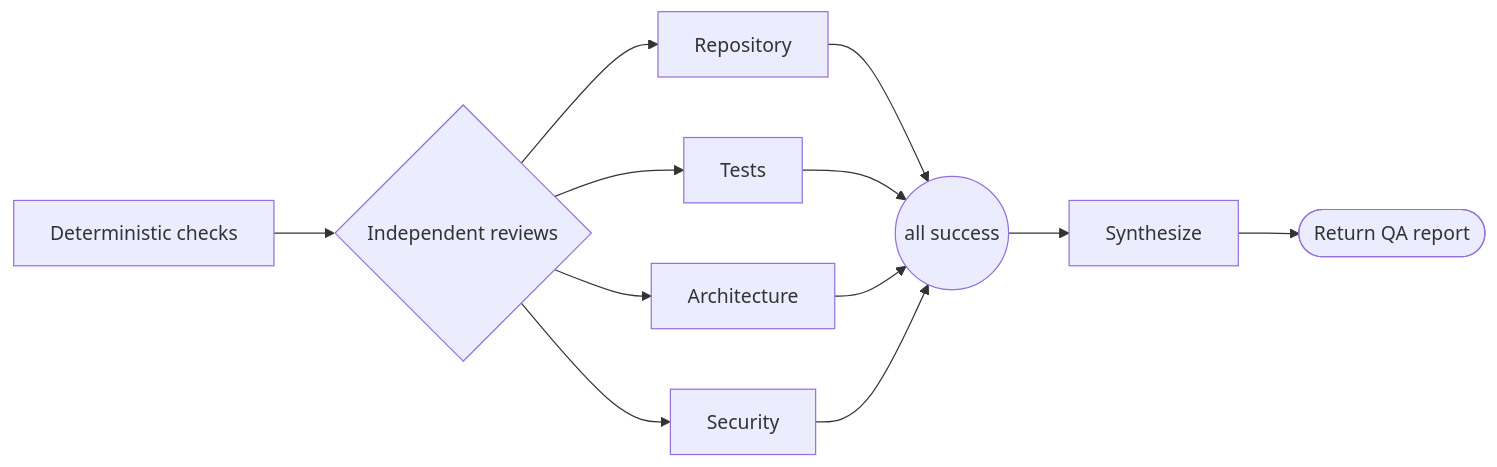
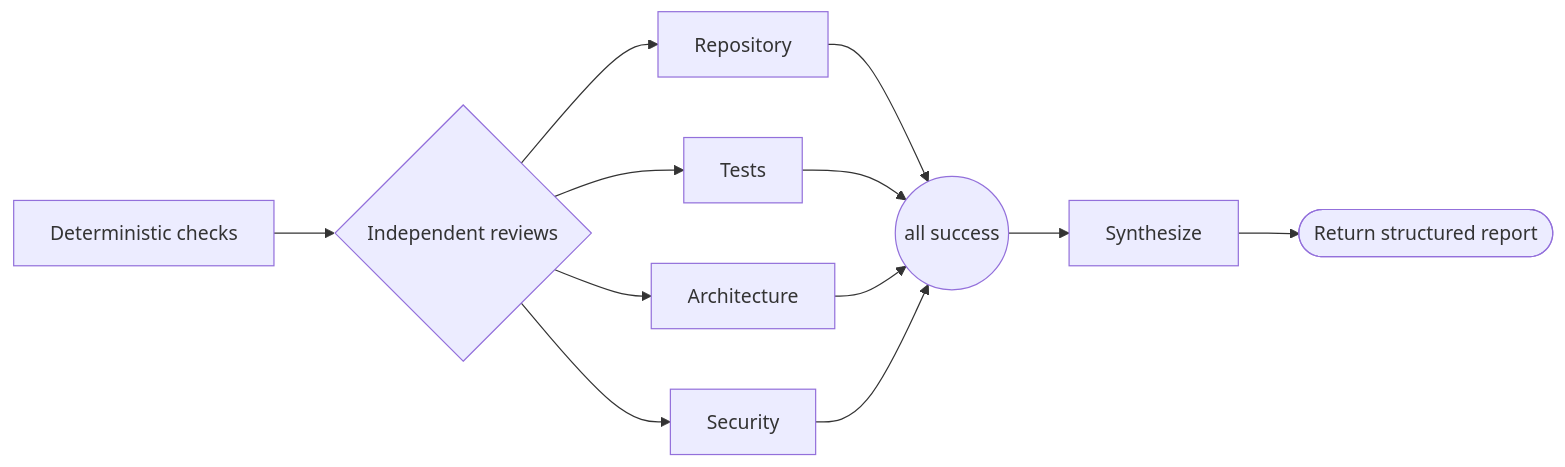
The diagram in modules/phenix-pi/definitions/workflows/sources/qa.workflow.md (matthis-k/phenix-agent-harness), drawn with Mermaid before and after one commit. The commit also changed other lines of this file, not shown here.

Commit message:
Return generic document from QA workflow

````diff
--- a/modules/phenix-pi/definitions/workflows/sources/qa.workflow.md
+++ b/modules/phenix-pi/definitions/workflows/sources/qa.workflow.md
@@ -16,14 +16,14 @@
 ```mermaid
 flowchart LR
     checks[Deterministic checks] --> fanout{Independent reviews}
     fanout --> repo[Repository]
     fanout --> tests[Tests]
     fanout --> architecture[Architecture]
     fanout --> security[Security]
     repo --> join((all success))
     tests --> join
     architecture --> join
     security --> join
     join --> synthesize[Synthesize]
-    synthesize --> return([Return QA report])
+    synthesize --> return([Return structured report])
 ```
````
